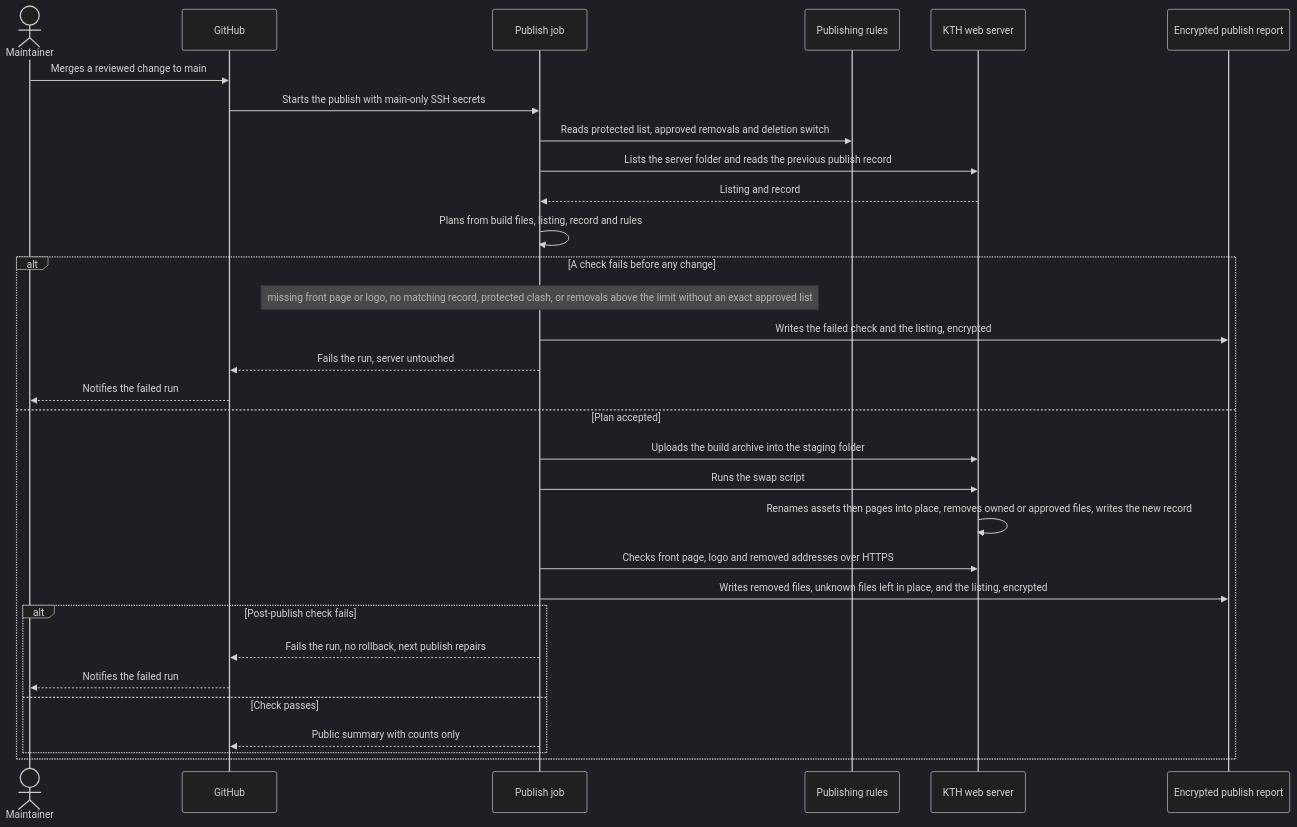
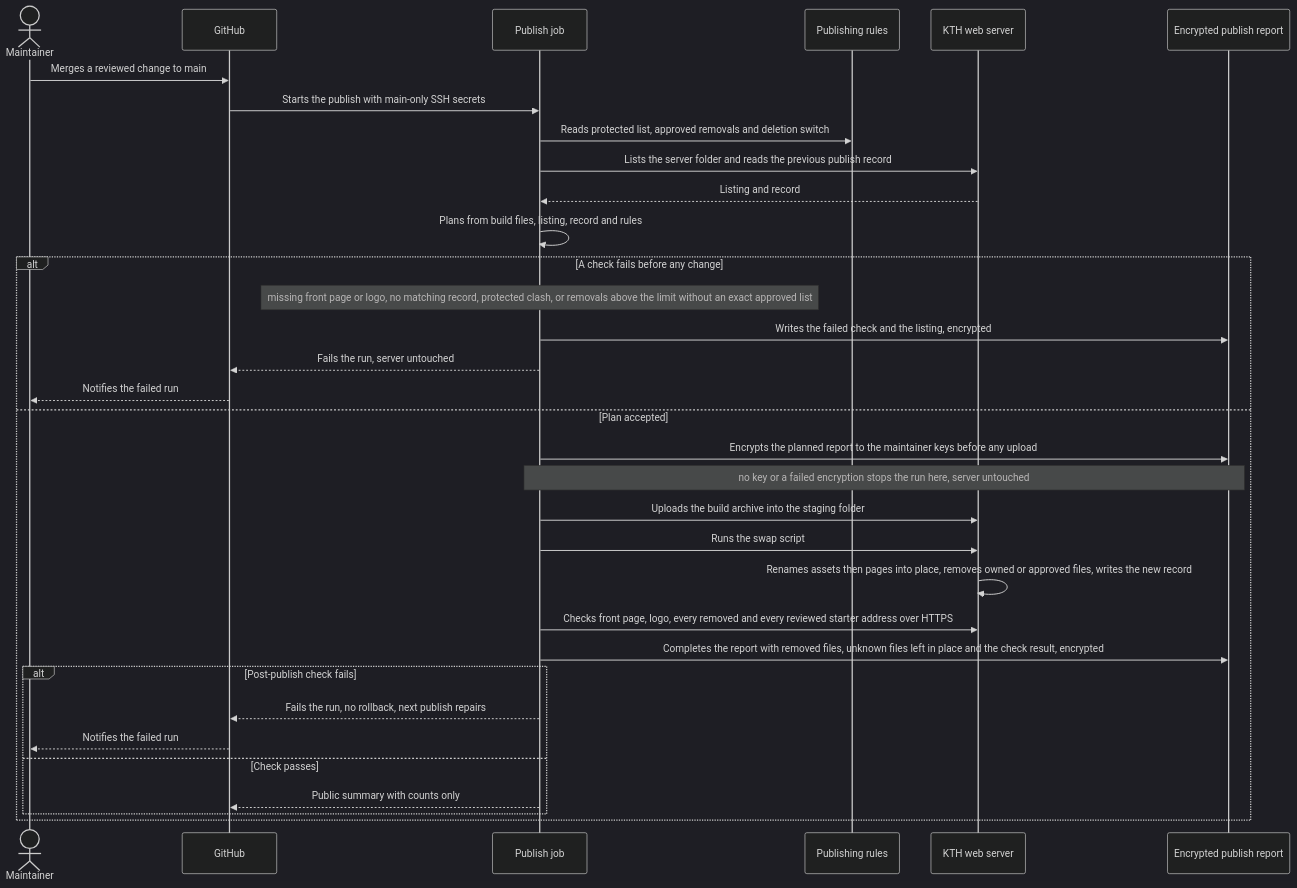
Before and after one commit to KTH-UrbanT/odenlabs-website: the third of 4 diagrams in docs/features/clean-starter/sad.md, drawn with Mermaid (dark theme). The commit also changed other lines of this file and 2 other files, not shown here.

First line of the commit message:
design: clean-starter finalization (critic pass)

````diff
--- a/docs/features/clean-starter/sad.md
+++ b/docs/features/clean-starter/sad.md
@@ -335,33 +336,35 @@
 ```mermaid
 sequenceDiagram
     actor M as Maintainer
     participant GH as GitHub
     participant PJ as Publish job
     participant R as Publishing rules
     participant S as KTH web server
     participant RP as Encrypted publish report
     M->>GH: Merges a reviewed change to main
     GH->>PJ: Starts the publish with main-only SSH secrets
     PJ->>R: Reads protected list, approved removals and deletion switch
     PJ->>S: Lists the server folder and reads the previous publish record
     S-->>PJ: Listing and record
     PJ->>PJ: Plans from build files, listing, record and rules
     alt A check fails before any change
         Note over PJ: missing front page or logo, no matching record, protected clash, or removals above the limit without an exact approved list
         PJ->>RP: Writes the failed check and the listing, encrypted
         PJ-->>GH: Fails the run, server untouched
         GH-->>M: Notifies the failed run
     else Plan accepted
+        PJ->>RP: Encrypts the planned report to the maintainer keys before any upload
+        Note over PJ,RP: no key or a failed encryption stops the run here, server untouched
         PJ->>S: Uploads the build archive into the staging folder
         PJ->>S: Runs the swap script
         S->>S: Renames assets then pages into place, removes owned or approved files, writes the new record
-        PJ->>S: Checks front page, logo and removed addresses over HTTPS
-        PJ->>RP: Writes removed files, unknown files left in place, and the listing, encrypted
+        PJ->>S: Checks front page, logo, every removed and every reviewed starter address over HTTPS
+        PJ->>RP: Completes the report with removed files, unknown files left in place and the check result, encrypted
         alt Post-publish check fails
             PJ-->>GH: Fails the run, no rollback, next publish repairs
             GH-->>M: Notifies the failed run
         else Check passes
             PJ-->>GH: Public summary with counts only
         end
     end
 ```
````
